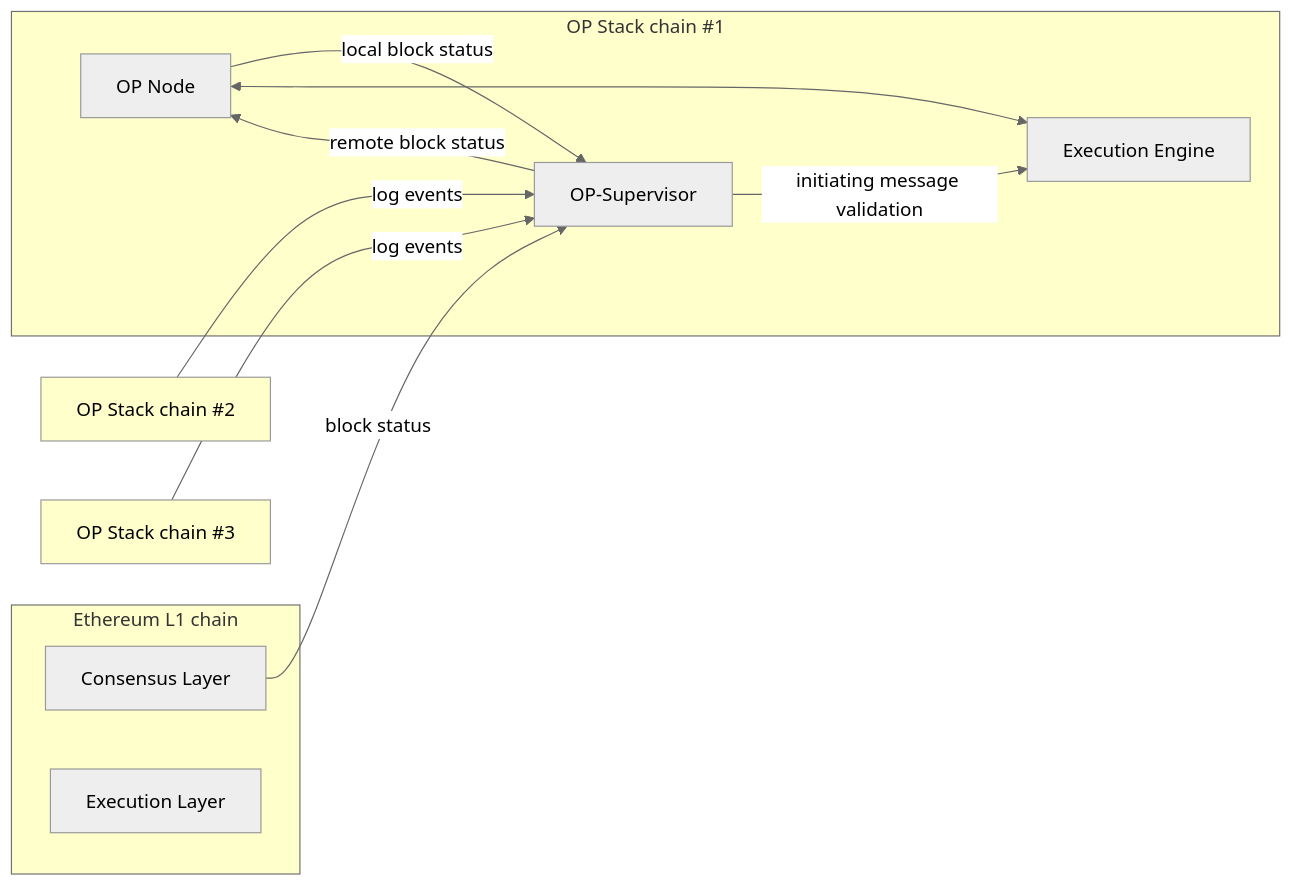
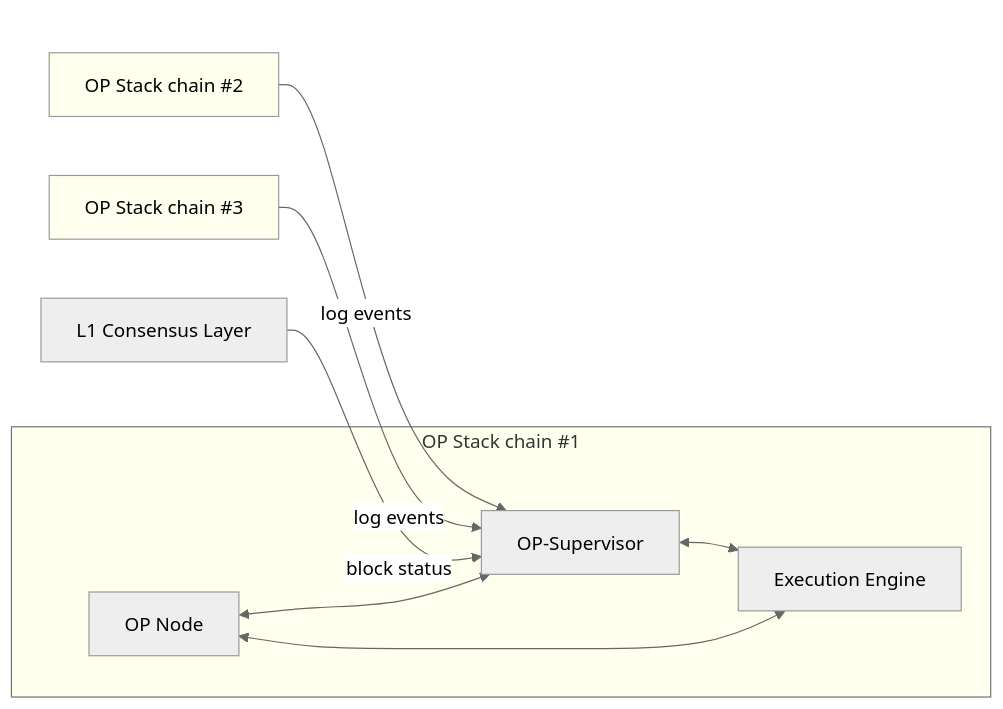
One commit to ethereum-optimism/docs changed the first of 3 diagrams in pages/stack/interop/architecture.mdx. Above: the diagram before and after it, drawn with Mermaid (neutral theme). The commit also changed other lines of this file, not shown here.

````diff
--- a/pages/stack/interop/architecture.mdx
+++ b/pages/stack/interop/architecture.mdx
@@ -19,28 +28,26 @@
 ```mermaid
 
 graph LR
 
-  classDef chain fill:#FFC
+  classDef chain fill:#FFE
+  classDef transparent fill:none, stroke:none
   
   subgraph chain1[OP Stack chain #1]
     node1[OP Node]
     super1[OP-Supervisor]
     geth1[Execution Engine]
-    super1-->|remote block status|node1
-    node1-->|local block status|super1
-    super1-->|initiating message validation|geth1    
-    node1<-->geth1
+    node1<-->super1<-->geth1<-->node1
   end
-  chain2[OP Stack chain #2]
-  chain3[OP Stack chain #3]
-  subgraph l1[Ethereum L1 chain]
-     l1node[Consensus Layer]
-     l1geth[Execution Layer]
+  subgraph X[ ]
+    chain2[OP Stack chain #2]
+    chain3[OP Stack chain #3]
+    l1node[L1 Consensus Layer]
   end
 
   chain2-->|log events|super1
   chain3-->|log events|super1
   l1node-->|block status|super1
 
-  class chain1,chain2,chain3,l1 chain
+  class chain1,chain2,chain3 chain
+  class X transparent
 ```
````
